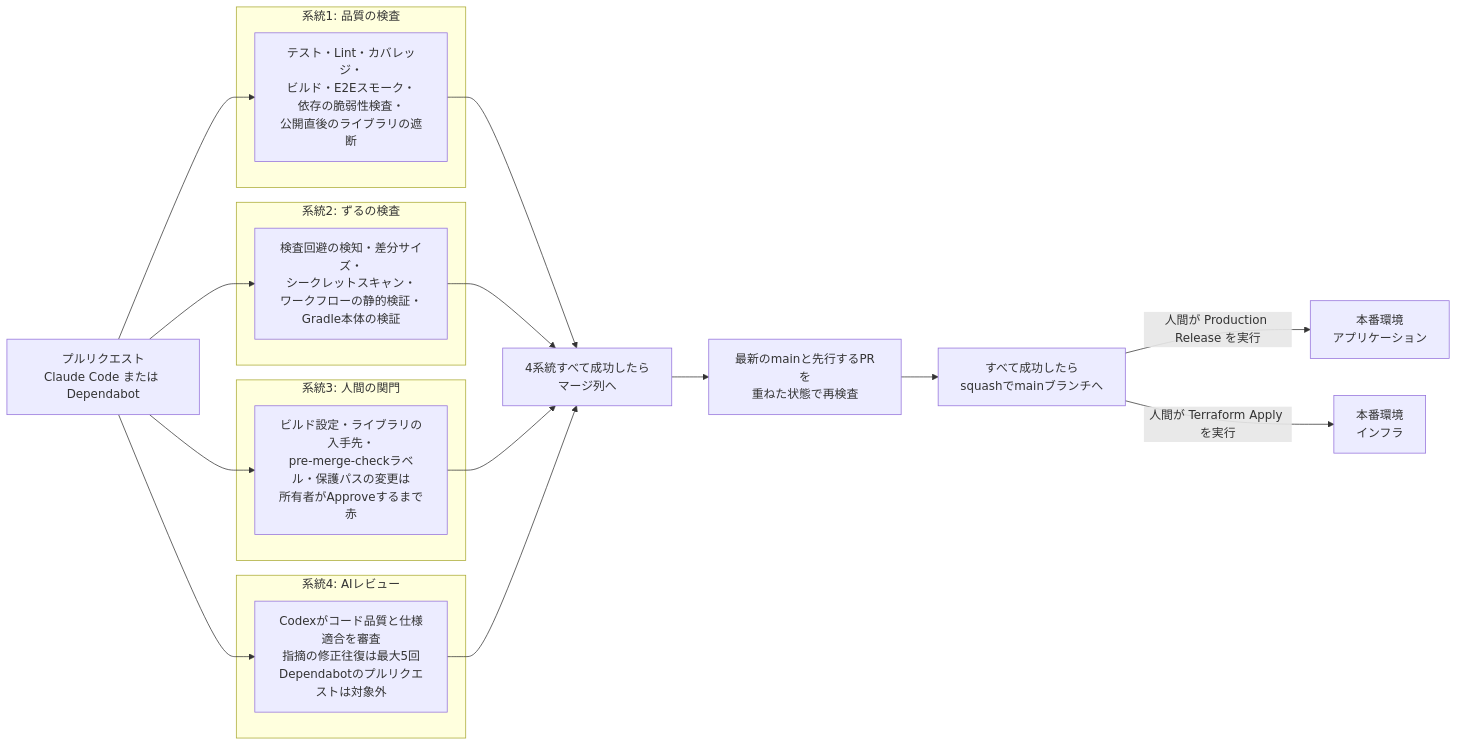
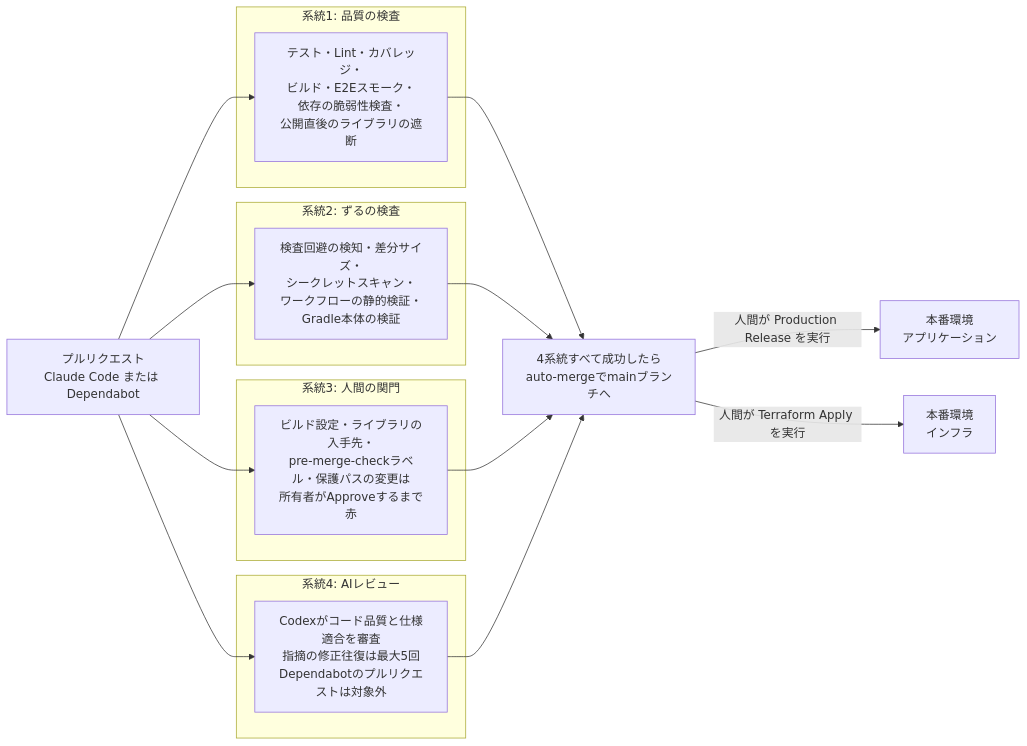
One commit to DogisRiki/KeirekiPro changed the first of 2 diagrams in README.md. Above: the diagram before and after it, drawn with Mermaid. The commit also changed other lines of this file and 4 other files, not shown here.

````diff
--- a/README.md
+++ b/README.md
@@ -53,29 +53,27 @@
 ```mermaid
 flowchart LR
     PR[プルリクエスト<br>Claude Code または Dependabot]
 
     subgraph s1[系統1: 品質の検査]
         Q[テスト・Lint・カバレッジ・<br>ビルド・E2Eスモーク・<br>依存の脆弱性検査・<br>公開直後のライブラリの遮断]
     end
     subgraph s2[系統2: ずるの検査]
         Z[検査回避の検知・差分サイズ・<br>シークレットスキャン・<br>ワークフローの静的検証・<br>Gradle本体の検証]
     end
     subgraph s3[系統3: 人間の関門]
         H[ビルド設定・ライブラリの入手先・<br>pre-merge-checkラベル・保護パスの変更は<br>所有者がApproveするまで赤]
     end
     subgraph s4[系統4: AIレビュー]
         A[Codexがコード品質と仕様適合を審査<br>指摘の修正往復は最大5回<br>Dependabotのプルリクエストは対象外]
     end
 
     PR --> Q
     PR --> Z
     PR --> H
     PR --> A
 
-    Q & Z & H & A --> QU[4系統すべて成功したら<br>マージ列へ]
-    QU --> RC[最新のmainと先行するPRを<br>重ねた状態で再検査]
-    RC --> M[すべて成功したら<br>squashでmainブランチへ]
+    Q & Z & H & A --> M[4系統すべて成功したら<br>auto-mergeでmainブランチへ]
 
     M -->|人間が Production Release を実行| App[本番環境<br>アプリケーション]
     M -->|人間が Terraform Apply を実行| Infra[本番環境<br>インフラ]
 ```
````
